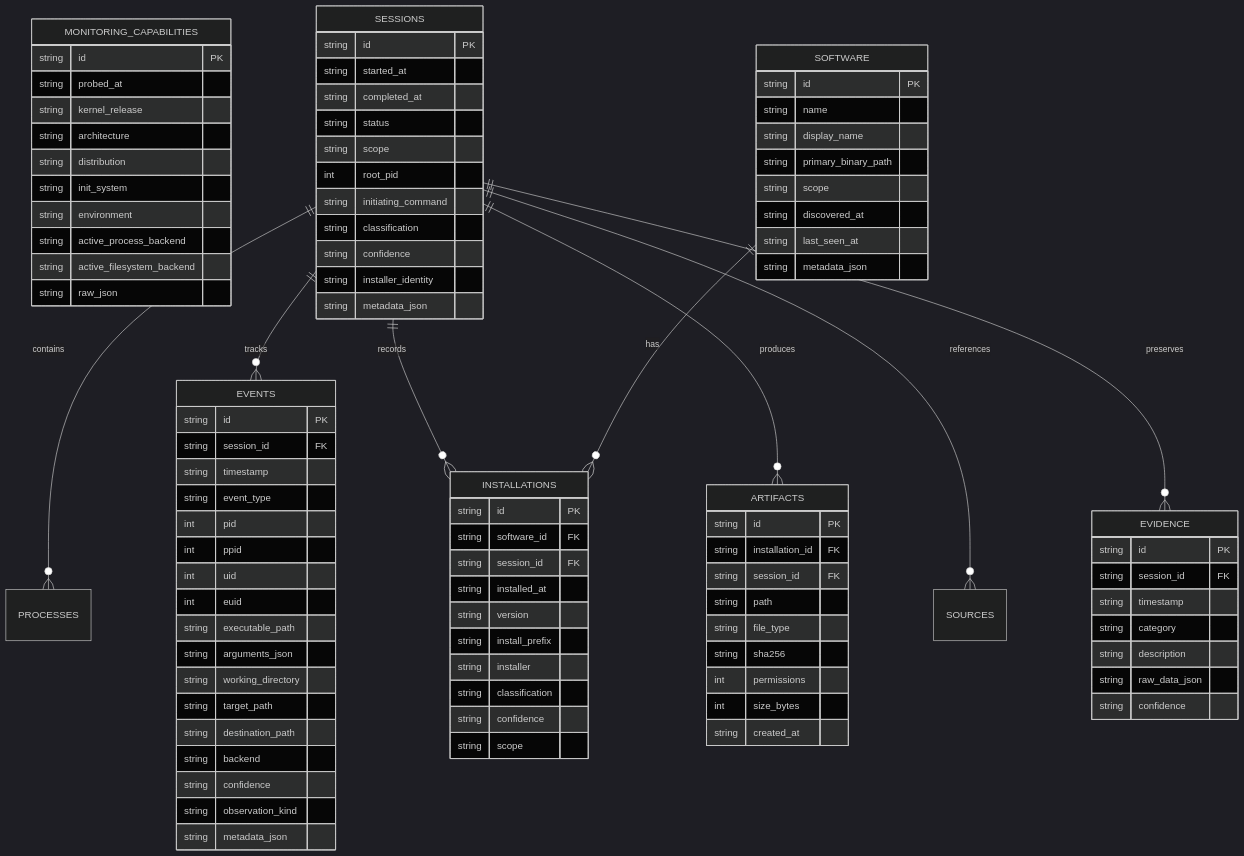
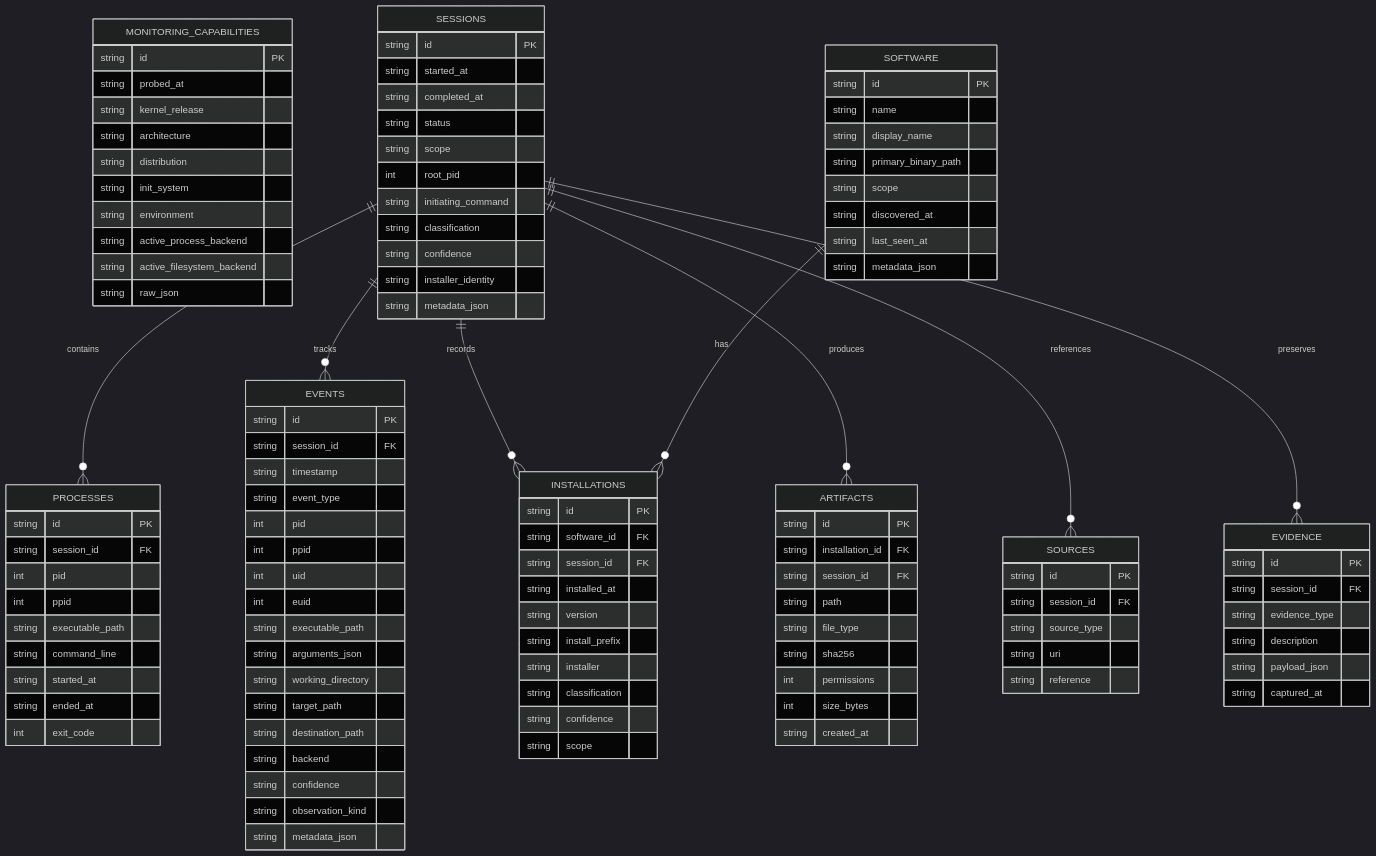
The diagram in docs/database/schema.md (ankur3-101106/installmon), drawn with Mermaid (dark theme) before and after one commit. The commit also changed other lines of this file and 11 other files, not shown here.

````diff
--- a/docs/database/schema.md
+++ b/docs/database/schema.md
@@ -98,13 +102,32 @@
         string created_at
     }
 
+    PROCESSES {
+        string id PK
+        string session_id FK
+        int pid
+        int ppid
+        string executable_path
+        string command_line
+        string started_at
+        string ended_at
+        int exit_code
+    }
+
+    SOURCES {
+        string id PK
+        string session_id FK
+        string source_type
+        string uri
+        string reference
+    }
+
     EVIDENCE {
         string id PK
         string session_id FK
-        string timestamp
-        string category
+        string evidence_type
         string description
-        string raw_data_json
-        string confidence
+        string payload_json
+        string captured_at
     }
 ```
````
